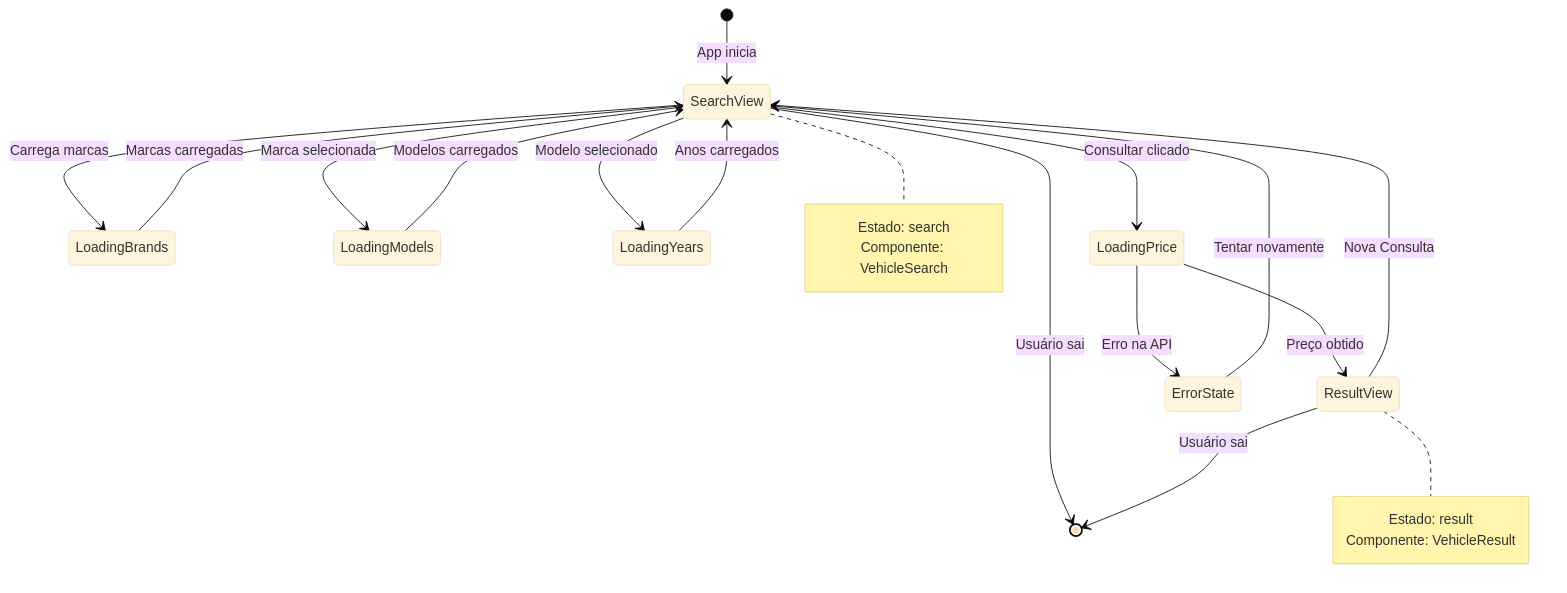
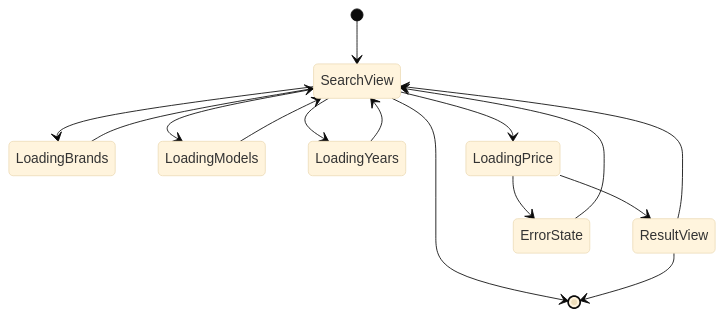
The fifth of 10 diagrams in DIAGRAMAS_TECNICOS.md (Lazarorx/desafio-minerva-tabela-fipe), drawn with Mermaid (base theme) before and after one commit. The commit also changed other lines of this file, not shown here.

Commit message:
Corrige sintaxe dos diagramas Mermaid para renderização no GitHub

````diff
--- a/DIAGRAMAS_TECNICOS.md
+++ b/DIAGRAMAS_TECNICOS.md
@@ -177,34 +154,23 @@
 ```mermaid
 stateDiagram-v2
-    [*] --> SearchView: App inicia
+    [*] --> SearchView
     
-    SearchView --> LoadingBrands: Carrega marcas
-    LoadingBrands --> SearchView: Marcas carregadas
+    SearchView --> LoadingBrands
+    LoadingBrands --> SearchView
     
-    SearchView --> LoadingModels: Marca selecionada
-    LoadingModels --> SearchView: Modelos carregados
+    SearchView --> LoadingModels
+    LoadingModels --> SearchView
     
-    SearchView --> LoadingYears: Modelo selecionado
-    LoadingYears --> SearchView: Anos carregados
+    SearchView --> LoadingYears
+    LoadingYears --> SearchView
     
-    SearchView --> LoadingPrice: Consultar clicado
-    LoadingPrice --> ResultView: Preço obtido
-    LoadingPrice --> ErrorState: Erro na API
+    SearchView --> LoadingPrice
+    LoadingPrice --> ResultView
+    LoadingPrice --> ErrorState
     
-    ErrorState --> SearchView: Tentar novamente
+    ErrorState --> SearchView
+    ResultView --> SearchView
     
-    ResultView --> SearchView: Nova Consulta
-    
-    SearchView --> [*]: Usuário sai
-    ResultView --> [*]: Usuário sai
-    
-    note right of SearchView
-        Estado: search
-        Componente: VehicleSearch
-    end note
-    
-    note right of ResultView
-        Estado: result
-        Componente: VehicleResult
-    end note
+    SearchView --> [*]
+    ResultView --> [*]
 ```
````
